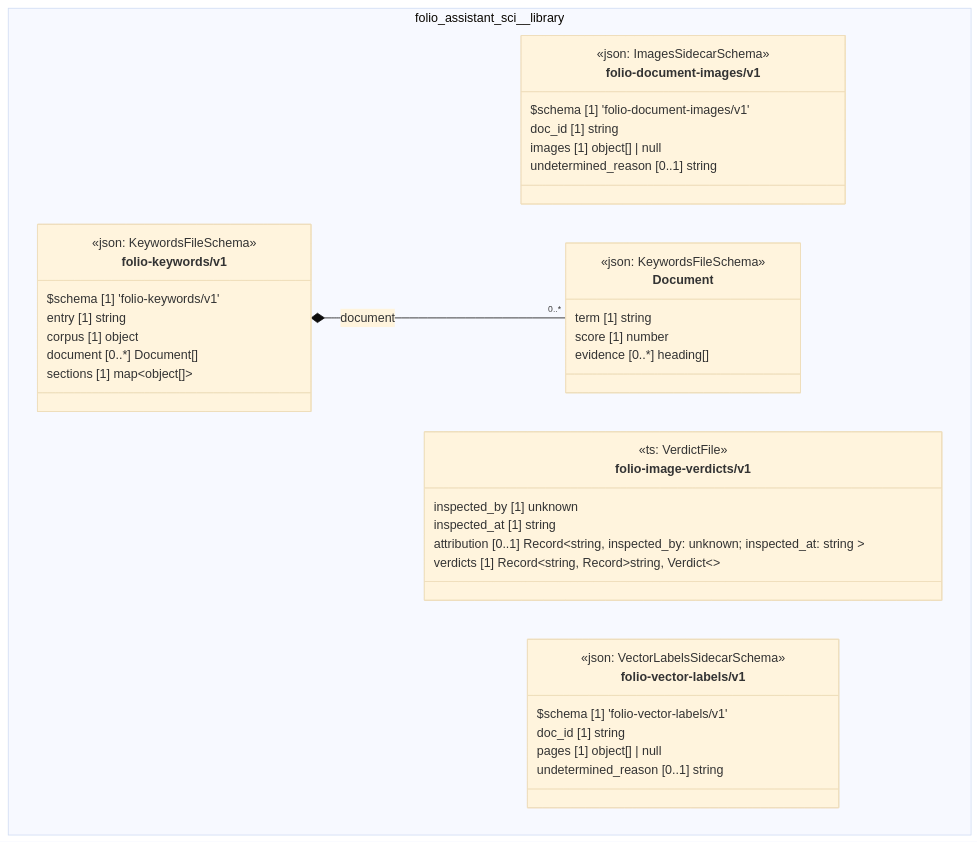
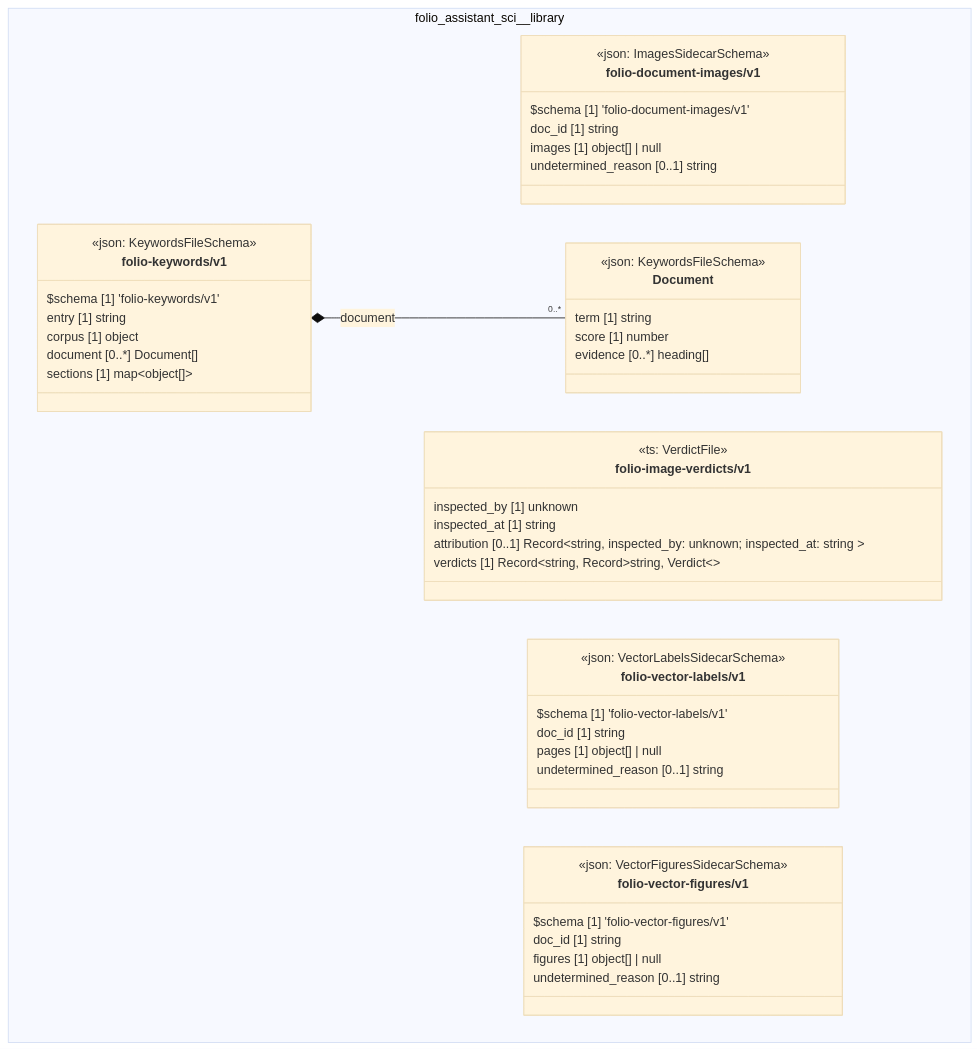
One commit to litlfred/cat-harness changed the diagram in uml/overview/folio-assistant-sci/library.mmd. Above: the diagram before and after it, drawn with Mermaid (base theme). The commit also changed 474 other files, not shown here.

```diff
--- a/uml/overview/folio-assistant-sci/library.mmd
+++ b/uml/overview/folio-assistant-sci/library.mmd
@@ -1,45 +1,53 @@
 classDiagram
   direction TB
   namespace folio_assistant_sci__library {
     class folio_assistant_sci_library_folio_document_images_v1_folio_document_images_v1["folio-document-images/v1"] {
       <<json: ImagesSidecarSchema>>
       $schema [1] 'folio-document-images/v1'
       doc_id [1] string
       images [1] object[] | null
       undetermined_reason [0..1] string
     }
     class folio_assistant_sci_library_folio_image_verdicts_v1["folio-image-verdicts/v1"] {
       <<ts: VerdictFile>>
       inspected_by [1] unknown
       inspected_at [1] string
       attribution [0..1] Record~string,  inspected_by: unknown; inspected_at: string ~
       verdicts [1] Record~string, Record~string, Verdict~~
     }
     class folio_assistant_sci_library_folio_vector_labels_v1_folio_vector_labels_v1["folio-vector-labels/v1"] {
       <<json: VectorLabelsSidecarSchema>>
       $schema [1] 'folio-vector-labels/v1'
       doc_id [1] string
       pages [1] object[] | null
       undetermined_reason [0..1] string
     }
+    class folio_assistant_sci_library_folio_vector_figures_v1_folio_vector_figures_v1["folio-vector-figures/v1"] {
+      <<json: VectorFiguresSidecarSchema>>
+      $schema [1] 'folio-vector-figures/v1'
+      doc_id [1] string
+      figures [1] object[] | null
+      undetermined_reason [0..1] string
+    }
     class folio_assistant_sci_library_folio_keywords_v1_Document["Document"] {
       <<json: KeywordsFileSchema>>
       term [1] string
       score [1] number
       evidence [0..*] heading[]
     }
     class folio_assistant_sci_library_folio_keywords_v1_folio_keywords_v1["folio-keywords/v1"] {
       <<json: KeywordsFileSchema>>
       $schema [1] 'folio-keywords/v1'
       entry [1] string
       corpus [1] object
       document [0..*] Document[]
       sections [1] map~object[]~
     }
   }
   folio_assistant_sci_library_folio_keywords_v1_folio_keywords_v1 *-- "0..*" folio_assistant_sci_library_folio_keywords_v1_Document : document
   cssClass "folio_assistant_sci_library_folio_document_images_v1_folio_document_images_v1" fa_uml_kind_library
   cssClass "folio_assistant_sci_library_folio_image_verdicts_v1" fa_uml_kind_library
   cssClass "folio_assistant_sci_library_folio_vector_labels_v1_folio_vector_labels_v1" fa_uml_kind_library
+  cssClass "folio_assistant_sci_library_folio_vector_figures_v1_folio_vector_figures_v1" fa_uml_kind_library
   cssClass "folio_assistant_sci_library_folio_keywords_v1_Document" fa_uml_kind_library
   cssClass "folio_assistant_sci_library_folio_keywords_v1_folio_keywords_v1" fa_uml_kind_library
```
